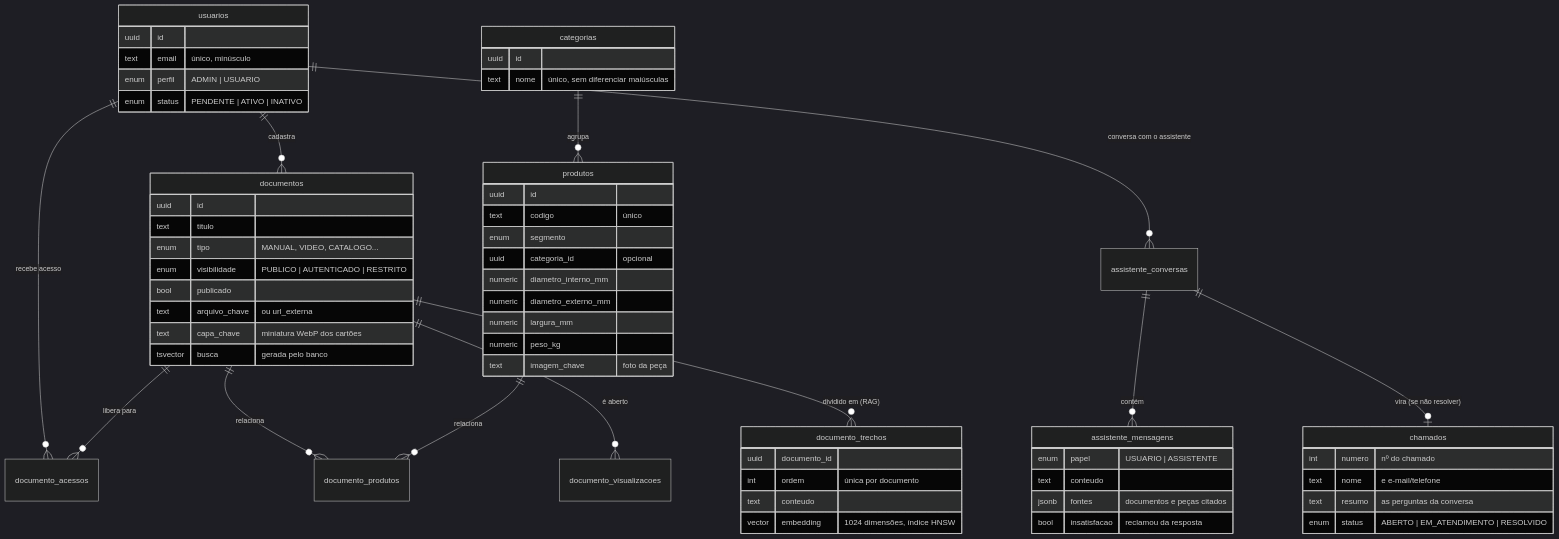
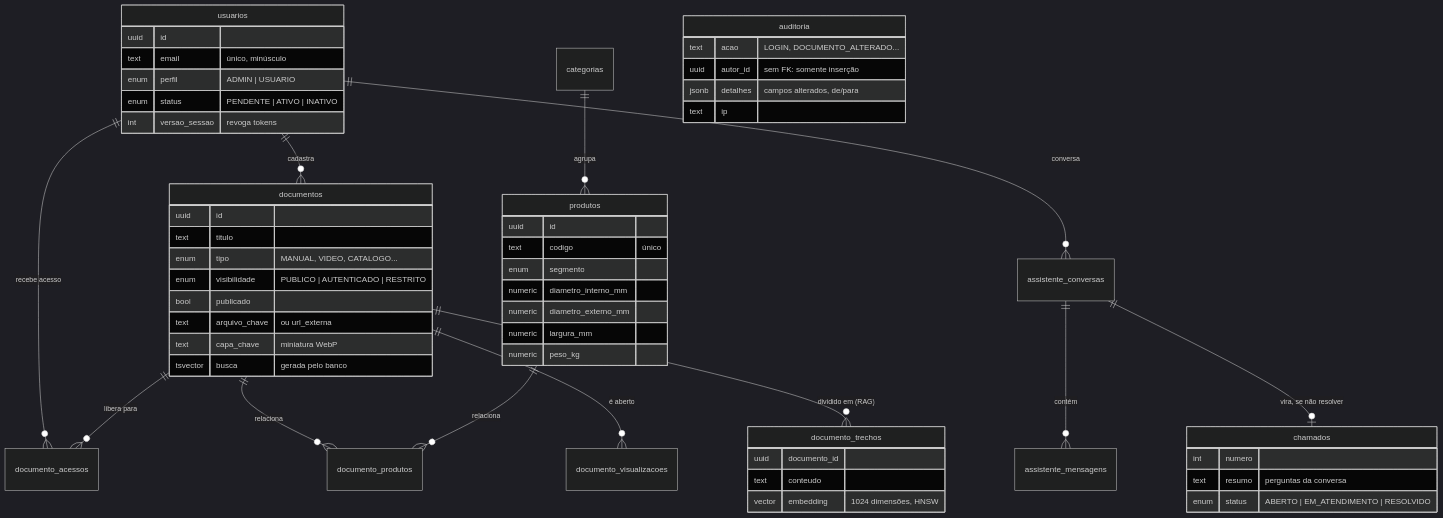
Before and after one commit to LxzCunha/Fersa-Care: the third of 3 diagrams in README.md, drawn with Mermaid (dark theme). The commit also changed other lines of this file and 147 other files, not shown here.

````diff
--- a/README.md
+++ b/README.md
@@ -219,63 +158,56 @@
 ```mermaid
 erDiagram
   usuarios ||--o{ documentos : cadastra
   usuarios ||--o{ documento_acessos : "recebe acesso"
   documentos ||--o{ documento_acessos : "libera para"
-  documentos ||--o{ documento_produtos : "relaciona"
-  produtos ||--o{ documento_produtos : "relaciona"
+  documentos ||--o{ documento_produtos : relaciona
+  produtos ||--o{ documento_produtos : relaciona
   categorias ||--o{ produtos : agrupa
   documentos ||--o{ documento_visualizacoes : "é aberto"
   documentos ||--o{ documento_trechos : "dividido em (RAG)"
-  usuarios ||--o{ assistente_conversas : "conversa com o assistente"
+  usuarios ||--o{ assistente_conversas : conversa
   assistente_conversas ||--o{ assistente_mensagens : contém
-  assistente_conversas ||--o| chamados : "vira (se não resolver)"
+  assistente_conversas ||--o| chamados : "vira, se não resolver"
   usuarios {
     uuid id
     text email "único, minúsculo"
     enum perfil "ADMIN | USUARIO"
     enum status "PENDENTE | ATIVO | INATIVO"
+    int versao_sessao "revoga tokens"
   }
   documentos {
     uuid id
     text titulo
     enum tipo "MANUAL, VIDEO, CATALOGO..."
     enum visibilidade "PUBLICO | AUTENTICADO | RESTRITO"
     bool publicado
     text arquivo_chave "ou url_externa"
-    text capa_chave "miniatura WebP dos cartões"
+    text capa_chave "miniatura WebP"
     tsvector busca "gerada pelo banco"
   }
   produtos {
     uuid id
     text codigo "único"
     enum segmento
-    uuid categoria_id "opcional"
     numeric diametro_interno_mm
     numeric diametro_externo_mm
     numeric largura_mm
     numeric peso_kg
-    text imagem_chave "foto da peça"
-  }
-  categorias {
-    uuid id
-    text nome "único, sem diferenciar maiúsculas"
   }
   documento_trechos {
     uuid documento_id
-    int ordem "única por documento"
     text conteudo
-    vector embedding "1024 dimensões, índice HNSW"
-  }
-  assistente_mensagens {
-    enum papel "USUARIO | ASSISTENTE"
-    text conteudo
-    jsonb fontes "documentos e peças citados"
-    bool insatisfacao "reclamou da resposta"
+    vector embedding "1024 dimensões, HNSW"
   }
   chamados {
-    int numero "nº do chamado"
-    text nome "e e-mail/telefone"
-    text resumo "as perguntas da conversa"
+    int numero
+    text resumo "perguntas da conversa"
     enum status "ABERTO | EM_ATENDIMENTO | RESOLVIDO"
   }
+  auditoria {
+    text acao "LOGIN, DOCUMENTO_ALTERADO..."
+    uuid autor_id "sem FK: somente inserção"
+    jsonb detalhes "campos alterados, de/para"
+    text ip
+  }
 ```
````
